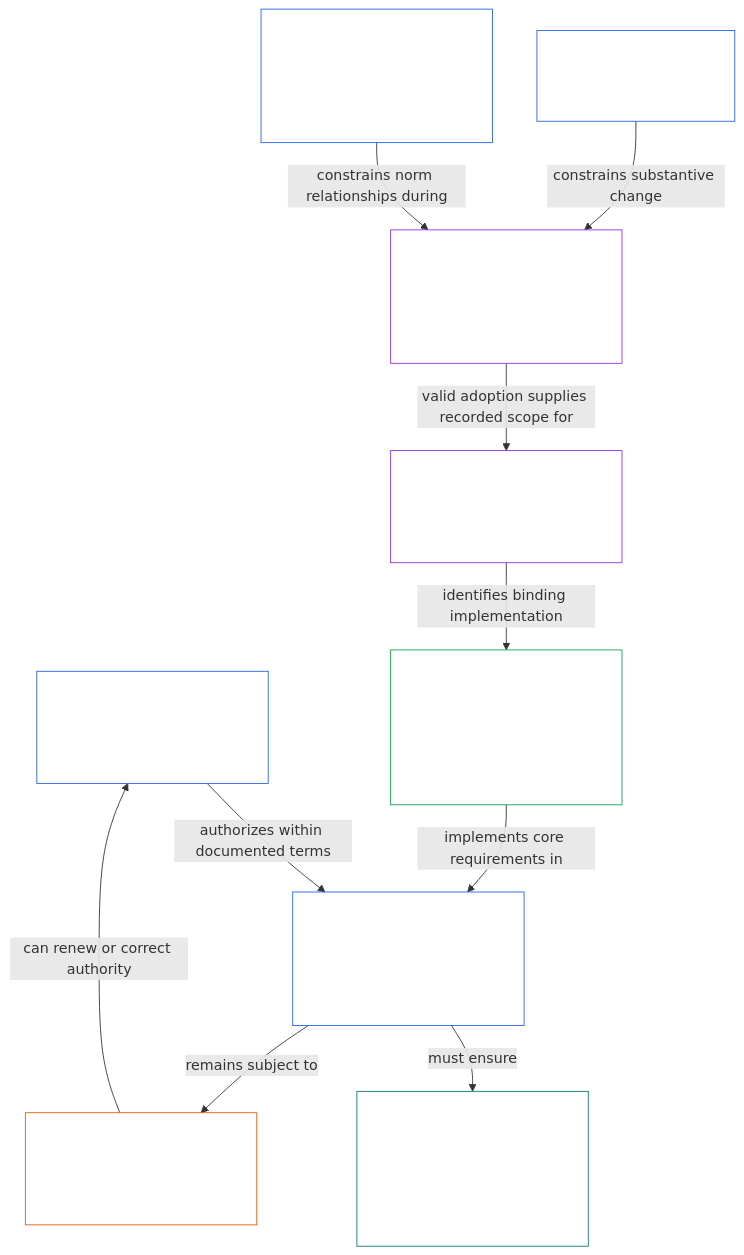
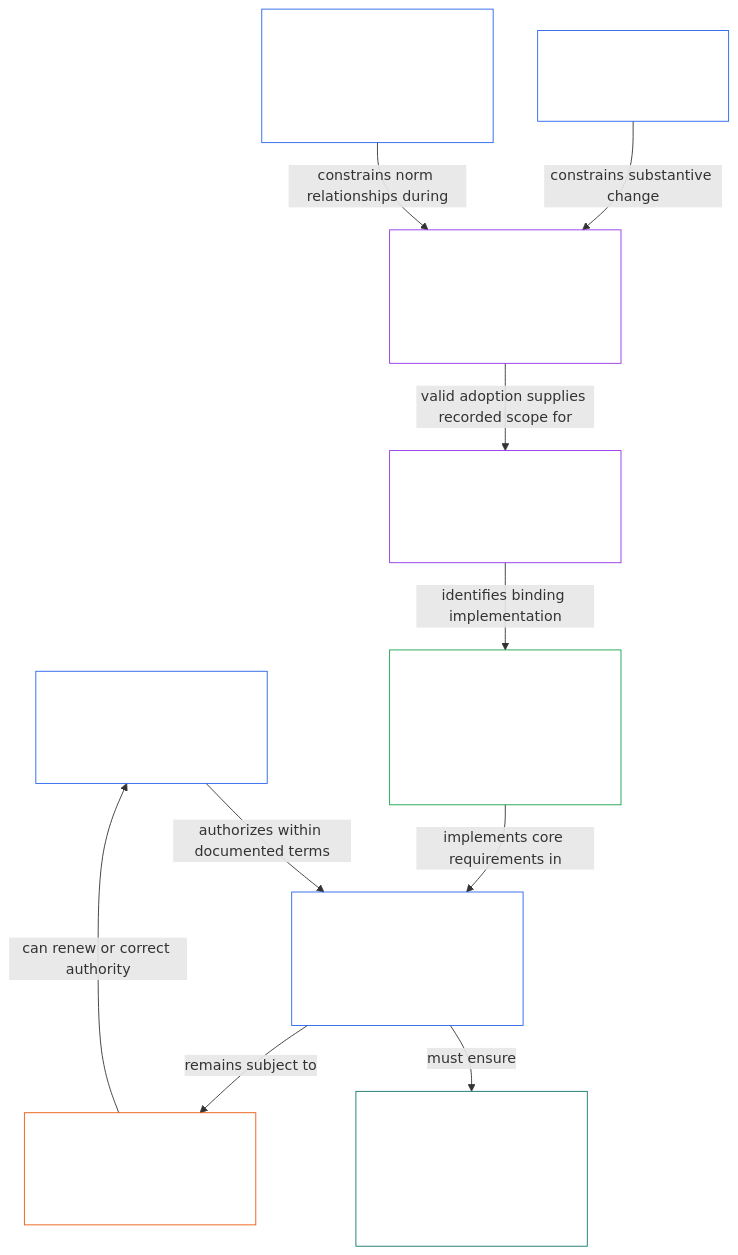
One commit to kfoelsch/Sentient_Constitution changed diagram 21 of 24 in guides/CONCEPTUAL_OVERVIEW.md. Above: the diagram before and after it, drawn with Mermaid. The commit also changed other lines of this file and 312 other files, not shown here.

First line of the commit message:
Add Chapter Twenty-Four (Enforcement); renumber old Chapters 24-28 to 25-29

````diff
--- a/guides/CONCEPTUAL_OVERVIEW.md
+++ b/guides/CONCEPTUAL_OVERVIEW.md
@@ -1023,30 +1023,30 @@
 ```mermaid
 flowchart TB
-    A["Chapter Twenty-Four<br/><br/>Documented legitimacy mechanism"]
+    A["Chapter Twenty-Five<br/><br/>Documented legitimacy mechanism"]
     G["Authorized governing roles<br/><br/>Stated scope, limits and competent stewards"]
     P["Participation inside authorized systems<br/><br/>Voice and challenge paths for affected sentients"]
     R["Contestation, correction<br/><br/>and reauthorization where applicable"]
-    N["Chapter Twenty-Five<br/><br/>Non-regression"]
-    U["Chapter Twenty-Six<br/><br/>Amendment, ratification and adoption procedures"]
-    H["Chapter Twenty-Seven<br/><br/>Supremacy within scope and external-law relations"]
-    B["Chapter Twenty-Eight<br/><br/>Incorporation, edition and custody"]
+    N["Chapter Twenty-Six<br/><br/>Non-regression"]
+    U["Chapter Twenty-Seven<br/><br/>Amendment, ratification and adoption procedures"]
+    H["Chapter Twenty-Eight<br/><br/>Supremacy within scope and external-law relations"]
+    B["Chapter Twenty-Nine<br/><br/>Incorporation, edition and custody"]
     I["Adopted implementation obligations<br/><br/>Systems · Institutions · Forums · Joint structure"]
     A -->|authorizes within documented terms| G
     G -->|must ensure| P
     G -->|remains subject to| R
     R -->|can renew or correct authority| A
     N -->|constrains substantive change| U
     H -->|constrains norm relationships during| U
     U -->|valid adoption supplies recorded scope for| B
     B -->|identifies binding implementation| I
     I -->|implements core requirements in| G
     style A fill:none,stroke:#2563eb,color:#ffffff
     style G fill:none,stroke:#2563eb,color:#ffffff
     style P fill:none,stroke:#0f766e,color:#ffffff
     style R fill:none,stroke:#ea580c,color:#ffffff
     style N fill:none,stroke:#2563eb,color:#ffffff
     style H fill:none,stroke:#2563eb,color:#ffffff
     style U fill:none,stroke:#9333ea,color:#ffffff
     style B fill:none,stroke:#9333ea,color:#ffffff
     style I fill:none,stroke:#16a34a,color:#ffffff
 ```
````
